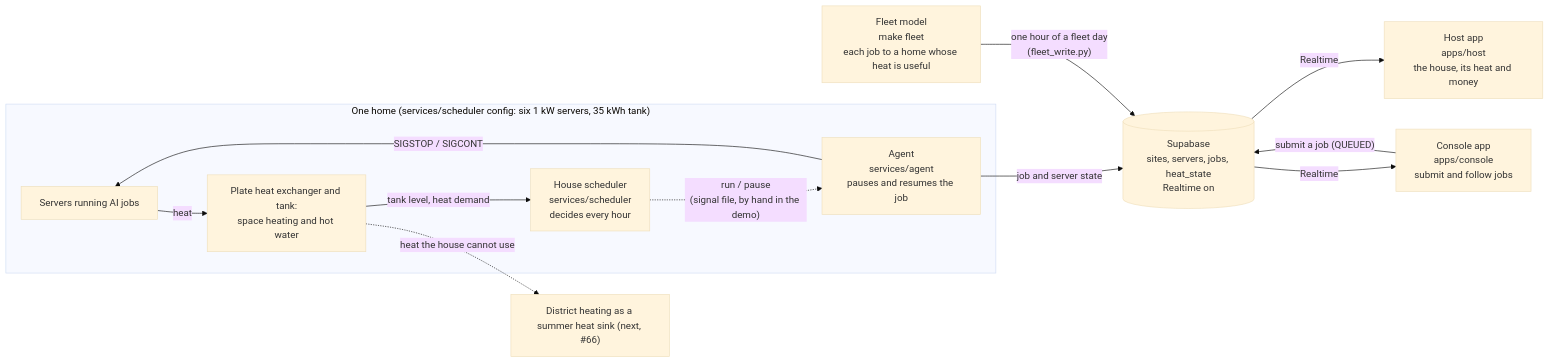
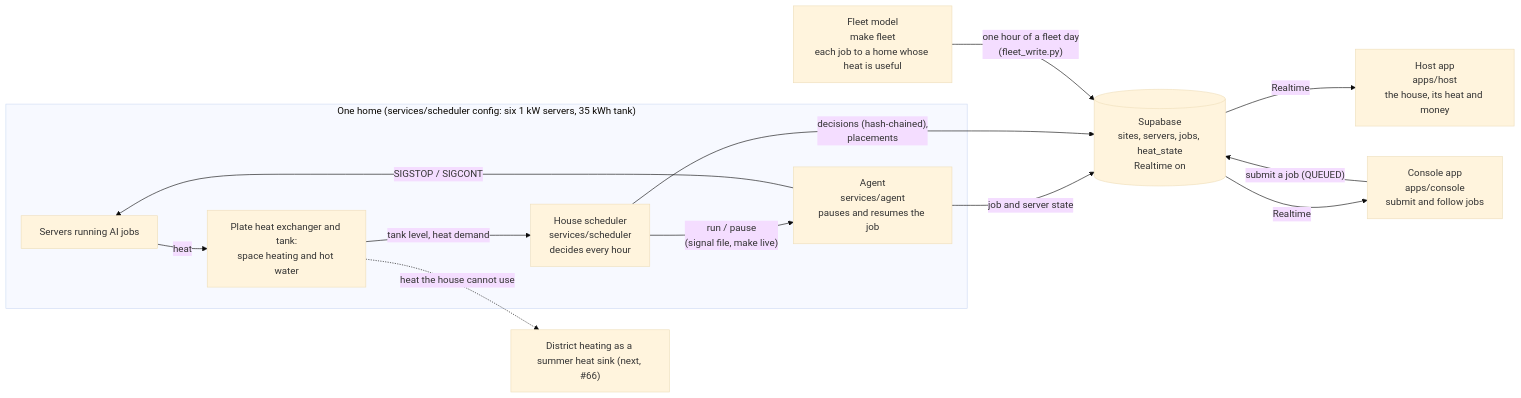
Before and after one commit to CPD9/kachel: the diagram in docs/architecture.md, drawn with Mermaid (base theme). The commit also changed other lines of this file and 8 other files, not shown here.

First line of the commit message:
Run the stage demo in one command, with the scheduler at the switch (#198)

````diff
--- a/docs/architecture.md
+++ b/docs/architecture.md
@@ -6,26 +6,27 @@
 ```mermaid
 flowchart LR
   subgraph home["One home (services/scheduler config: six 1 kW servers, 35 kWh tank)"]
     servers["Servers running AI jobs"]
     tank["Plate heat exchanger and tank:<br/>space heating and hot water"]
     sched["House scheduler<br/>services/scheduler<br/>decides every hour"]
     agent["Agent<br/>services/agent<br/>pauses and resumes the job"]
     servers -- "heat" --> tank
     tank -- "tank level, heat demand" --> sched
-    sched -. "run / pause<br/>(signal file, by hand in the demo)" .-> agent
+    sched -- "run / pause<br/>(signal file, make live)" --> agent
     agent -- "SIGSTOP / SIGCONT" --> servers
   end
 
   supa[("Supabase<br/>sites, servers, jobs, heat_state<br/>Realtime on")]
   host["Host app<br/>apps/host<br/>the house, its heat and money"]
   console["Console app<br/>apps/console<br/>submit and follow jobs"]
   fleet["Fleet model<br/>make fleet<br/>each job to a home whose heat is useful"]
   outlook["District heating as a summer heat sink (next, #66)"]
 
   agent -- "job and server state" --> supa
+  sched -- "decisions (hash-chained),<br/>placements" --> supa
   fleet -- "one hour of a fleet day<br/>(fleet_write.py)" --> supa
   console -- "submit a job (QUEUED)" --> supa
   supa -- "Realtime" --> host
   supa -- "Realtime" --> console
   tank -. "heat the house cannot use" .-> outlook
 ```
````
